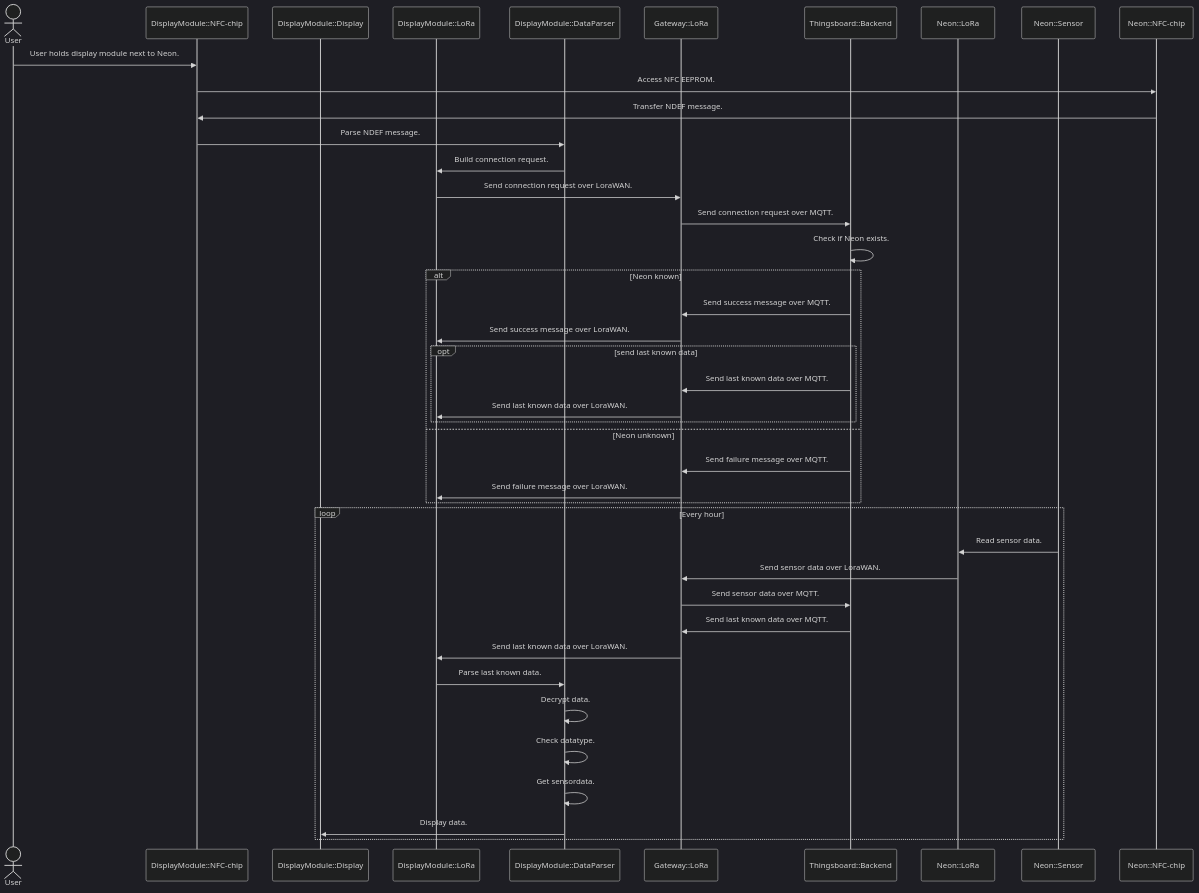
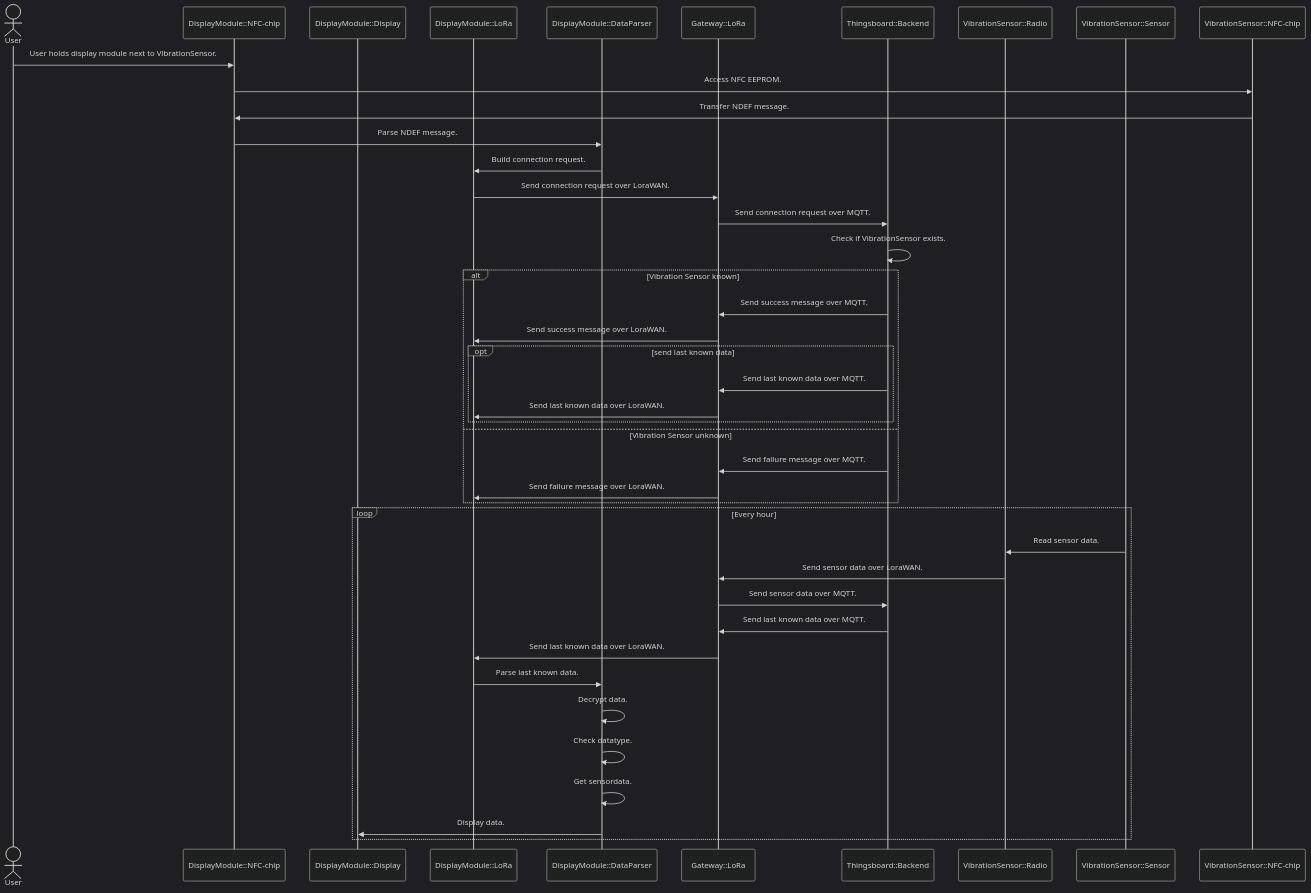
The diagram in Diagrams/sequence_diagram.md (Lenteguppie/LoRa-display), drawn with Mermaid (dark theme) before and after one commit. The commit also changed other lines of this file, not shown here.

Commit message:
More generic names

````diff
--- a/Diagrams/sequence_diagram.md
+++ b/Diagrams/sequence_diagram.md
@@ -3,47 +3,47 @@
 ```mermaid
 sequenceDiagram
     actor user as User
     participant nfcdm as DisplayModule::NFC-chip
     participant displaydm as DisplayModule::Display
     participant loradm as DisplayModule::LoRa
     participant decrypterdm as DisplayModule::DataParser
     participant loragateway as Gateway::LoRa
     participant backendthingsboard as Thingsboard::Backend
-    participant loraneon as Neon::LoRa
-    participant sensorneon as Neon::Sensor
-    participant nfcneon as Neon::NFC-chip
+    participant lorasensor as VibrationSensor::Radio
+    participant sensor as VibrationSensor::Sensor
+    participant nfcsensor as VibrationSensor::NFC-chip
 
-    user->>nfcdm: User holds display module next to Neon.
-    nfcdm->>nfcneon: Access NFC EEPROM.
-    nfcneon->>nfcdm: Transfer NDEF message.
+    user->>nfcdm: User holds display module next to VibrationSensor.
+    nfcdm->>nfcsensor: Access NFC EEPROM.
+    nfcsensor->>nfcdm: Transfer NDEF message.
     nfcdm->>decrypterdm: Parse NDEF message.
     decrypterdm->>loradm:Build connection request.
     loradm->>loragateway: Send connection request over LoraWAN.
     loragateway->>backendthingsboard: Send connection request over MQTT.
-    backendthingsboard->>backendthingsboard: Check if Neon exists.
-    alt Neon known
+    backendthingsboard->>backendthingsboard: Check if VibrationSensor exists.
+    alt Vibration Sensor known
         backendthingsboard->>loragateway: Send success message over MQTT.
         loragateway->>loradm: Send success message over LoraWAN.
         opt send last known data
             backendthingsboard->>loragateway: Send last known data over MQTT.
             loragateway->>loradm: Send last known data over LoraWAN.
         end
-    else Neon unknown
+    else Vibration Sensor unknown
         backendthingsboard->>loragateway: Send failure message over MQTT.
         loragateway->>loradm: Send failure message over LoraWAN.
     end
 
     loop Every hour
-        sensorneon->>loraneon: Read sensor data.
-        loraneon->>loragateway: Send sensor data over LoraWAN.
+        sensor->>lorasensor: Read sensor data.
+        lorasensor->>loragateway: Send sensor data over LoraWAN.
         loragateway->> backendthingsboard: Send sensor data over MQTT.
 
         backendthingsboard->>loragateway: Send last known data over MQTT.
         loragateway->>loradm: Send last known data over LoraWAN.
         loradm->>decrypterdm: Parse last known data.
         decrypterdm->>decrypterdm: Decrypt data.
         decrypterdm->>decrypterdm: Check datatype.
         decrypterdm->>decrypterdm: Get sensordata.
         decrypterdm->>displaydm: Display data.
     end
 ```
````
